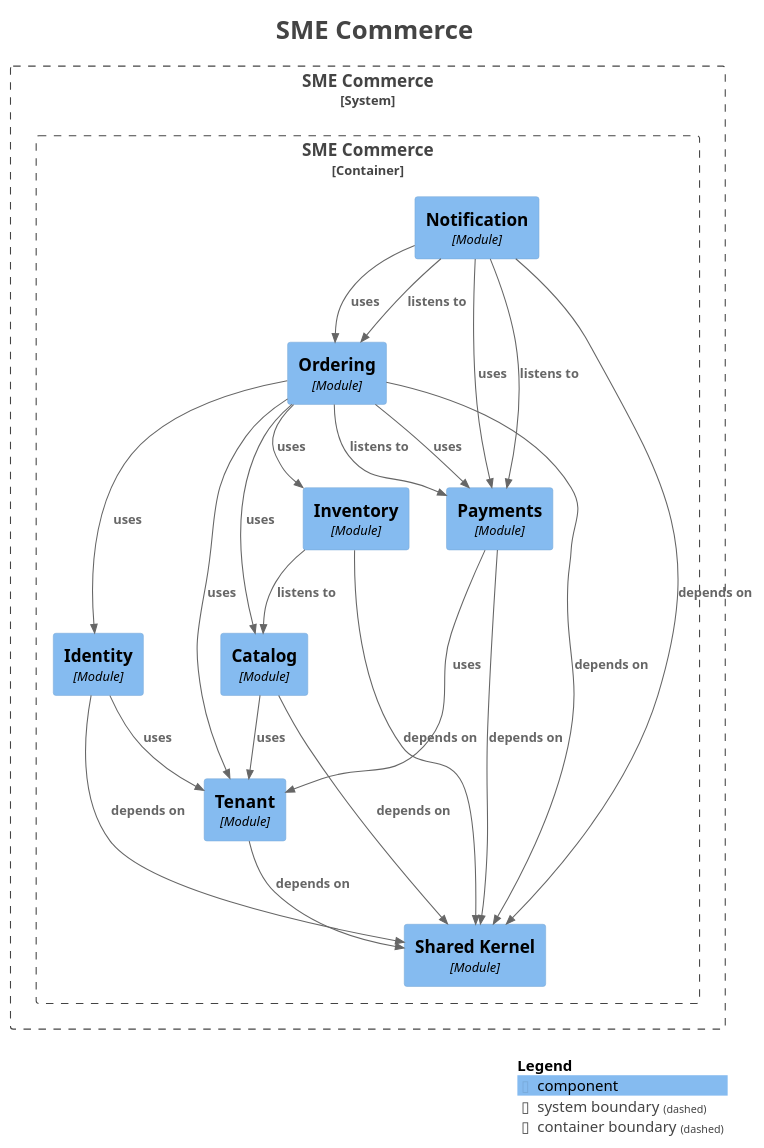
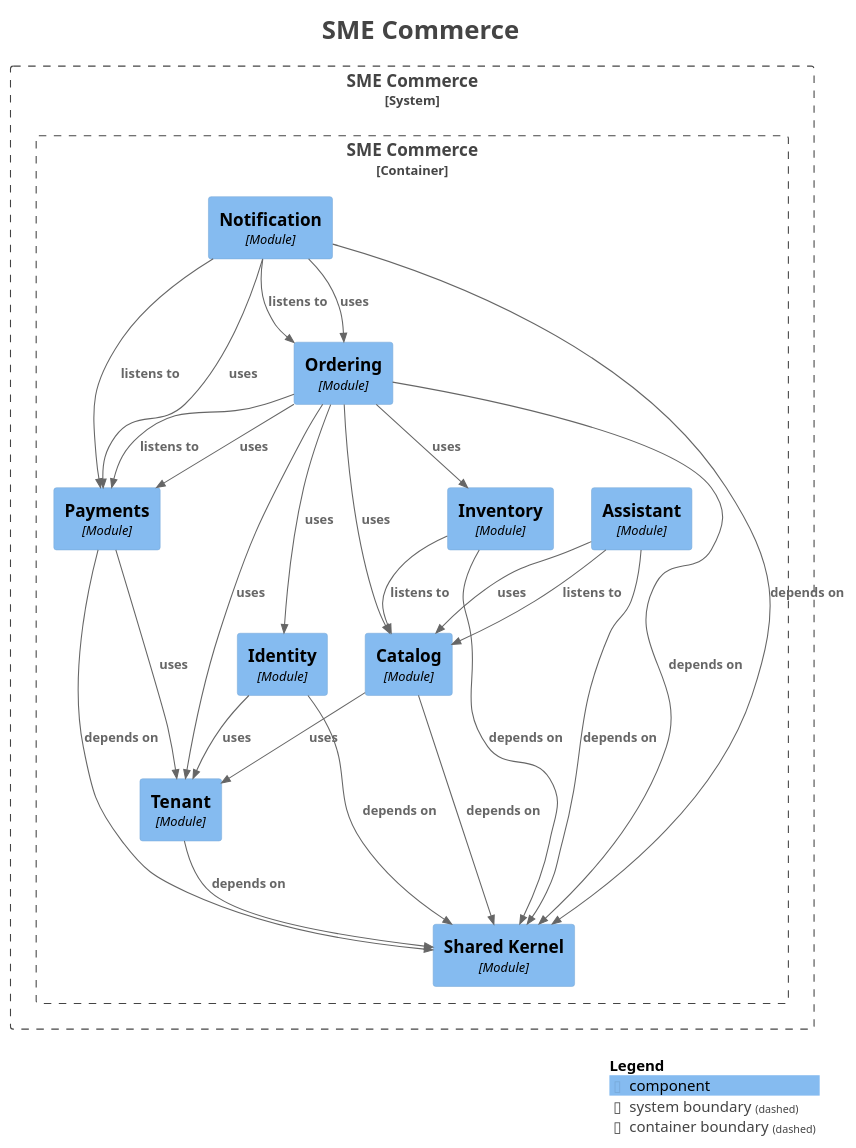
The diagram in docs/modules/components.puml (hezronokwach/sme-commerce-platform), drawn with PlantUML before and after one commit. The commit also changed 14 other files, not shown here.

```diff
--- a/docs/modules/components.puml
+++ b/docs/modules/components.puml
@@ -1,56 +1,60 @@
 @startuml
 title <size:24>SME Commerce</size>
 
 set separator none
 top to bottom direction
 
 <style>
   root {
     BackgroundColor: #ffffff
     FontColor: #444444
   }
 </style>
 
 !include <C4/C4>
 !include <C4/C4_Context>
 !include <C4/C4_Component>
 
 System_Boundary("SMECommerce_boundary", "SME Commerce", $tags="") {
   Container_Boundary("SMECommerce.SMECommerce_boundary", "SME Commerce", $tags="") {
     Component(SMECommerce.SMECommerce.Inventory, "Inventory", $techn="Module", $descr="", $tags="", $link="")
     Component(SMECommerce.SMECommerce.Ordering, "Ordering", $techn="Module", $descr="", $tags="", $link="")
     Component(SMECommerce.SMECommerce.Notification, "Notification", $techn="Module", $descr="", $tags="", $link="")
     Component(SMECommerce.SMECommerce.SharedKernel, "Shared Kernel", $techn="Module", $descr="", $tags="", $link="")
     Component(SMECommerce.SMECommerce.Tenant, "Tenant", $techn="Module", $descr="", $tags="", $link="")
     Component(SMECommerce.SMECommerce.Catalog, "Catalog", $techn="Module", $descr="", $tags="", $link="")
     Component(SMECommerce.SMECommerce.Identity, "Identity", $techn="Module", $descr="", $tags="", $link="")
     Component(SMECommerce.SMECommerce.Payments, "Payments", $techn="Module", $descr="", $tags="", $link="")
+    Component(SMECommerce.SMECommerce.Assistant, "Assistant", $techn="Module", $descr="", $tags="", $link="")
   }
 
 }
 
+Rel(SMECommerce.SMECommerce.Notification, SMECommerce.SMECommerce.Payments, "listens to", $techn="", $tags="", $link="")
+Rel(SMECommerce.SMECommerce.Notification, SMECommerce.SMECommerce.Ordering, "listens to", $techn="", $tags="", $link="")
+Rel(SMECommerce.SMECommerce.Notification, SMECommerce.SMECommerce.SharedKernel, "depends on", $techn="", $tags="", $link="")
+Rel(SMECommerce.SMECommerce.Notification, SMECommerce.SMECommerce.Ordering, "uses", $techn="", $tags="", $link="")
+Rel(SMECommerce.SMECommerce.Notification, SMECommerce.SMECommerce.Payments, "uses", $techn="", $tags="", $link="")
+Rel(SMECommerce.SMECommerce.Assistant, SMECommerce.SMECommerce.Catalog, "listens to", $techn="", $tags="", $link="")
+Rel(SMECommerce.SMECommerce.Assistant, SMECommerce.SMECommerce.SharedKernel, "depends on", $techn="", $tags="", $link="")
+Rel(SMECommerce.SMECommerce.Assistant, SMECommerce.SMECommerce.Catalog, "uses", $techn="", $tags="", $link="")
+Rel(SMECommerce.SMECommerce.Catalog, SMECommerce.SMECommerce.SharedKernel, "depends on", $techn="", $tags="", $link="")
+Rel(SMECommerce.SMECommerce.Catalog, SMECommerce.SMECommerce.Tenant, "uses", $techn="", $tags="", $link="")
+Rel(SMECommerce.SMECommerce.Payments, SMECommerce.SMECommerce.SharedKernel, "depends on", $techn="", $tags="", $link="")
+Rel(SMECommerce.SMECommerce.Payments, SMECommerce.SMECommerce.Tenant, "uses", $techn="", $tags="", $link="")
 Rel(SMECommerce.SMECommerce.Identity, SMECommerce.SMECommerce.SharedKernel, "depends on", $techn="", $tags="", $link="")
 Rel(SMECommerce.SMECommerce.Identity, SMECommerce.SMECommerce.Tenant, "uses", $techn="", $tags="", $link="")
-Rel(SMECommerce.SMECommerce.Payments, SMECommerce.SMECommerce.SharedKernel, "depends on", $techn="", $tags="", $link="")
-Rel(SMECommerce.SMECommerce.Payments, SMECommerce.SMECommerce.Tenant, "uses", $techn="", $tags="", $link="")
+Rel(SMECommerce.SMECommerce.Tenant, SMECommerce.SMECommerce.SharedKernel, "depends on", $techn="", $tags="", $link="")
 Rel(SMECommerce.SMECommerce.Inventory, SMECommerce.SMECommerce.Catalog, "listens to", $techn="", $tags="", $link="")
 Rel(SMECommerce.SMECommerce.Inventory, SMECommerce.SMECommerce.SharedKernel, "depends on", $techn="", $tags="", $link="")
-Rel(SMECommerce.SMECommerce.Catalog, SMECommerce.SMECommerce.SharedKernel, "depends on", $techn="", $tags="", $link="")
-Rel(SMECommerce.SMECommerce.Catalog, SMECommerce.SMECommerce.Tenant, "uses", $techn="", $tags="", $link="")
 Rel(SMECommerce.SMECommerce.Ordering, SMECommerce.SMECommerce.Payments, "listens to", $techn="", $tags="", $link="")
 Rel(SMECommerce.SMECommerce.Ordering, SMECommerce.SMECommerce.SharedKernel, "depends on", $techn="", $tags="", $link="")
 Rel(SMECommerce.SMECommerce.Ordering, SMECommerce.SMECommerce.Tenant, "uses", $techn="", $tags="", $link="")
 Rel(SMECommerce.SMECommerce.Ordering, SMECommerce.SMECommerce.Payments, "uses", $techn="", $tags="", $link="")
 Rel(SMECommerce.SMECommerce.Ordering, SMECommerce.SMECommerce.Inventory, "uses", $techn="", $tags="", $link="")
 Rel(SMECommerce.SMECommerce.Ordering, SMECommerce.SMECommerce.Catalog, "uses", $techn="", $tags="", $link="")
 Rel(SMECommerce.SMECommerce.Ordering, SMECommerce.SMECommerce.Identity, "uses", $techn="", $tags="", $link="")
-Rel(SMECommerce.SMECommerce.Notification, SMECommerce.SMECommerce.Ordering, "listens to", $techn="", $tags="", $link="")
-Rel(SMECommerce.SMECommerce.Notification, SMECommerce.SMECommerce.Payments, "listens to", $techn="", $tags="", $link="")
-Rel(SMECommerce.SMECommerce.Notification, SMECommerce.SMECommerce.SharedKernel, "depends on", $techn="", $tags="", $link="")
-Rel(SMECommerce.SMECommerce.Notification, SMECommerce.SMECommerce.Ordering, "uses", $techn="", $tags="", $link="")
-Rel(SMECommerce.SMECommerce.Notification, SMECommerce.SMECommerce.Payments, "uses", $techn="", $tags="", $link="")
-Rel(SMECommerce.SMECommerce.Tenant, SMECommerce.SMECommerce.SharedKernel, "depends on", $techn="", $tags="", $link="")
 
 SHOW_LEGEND(true)
 hide stereotypes
 @enduml
```
